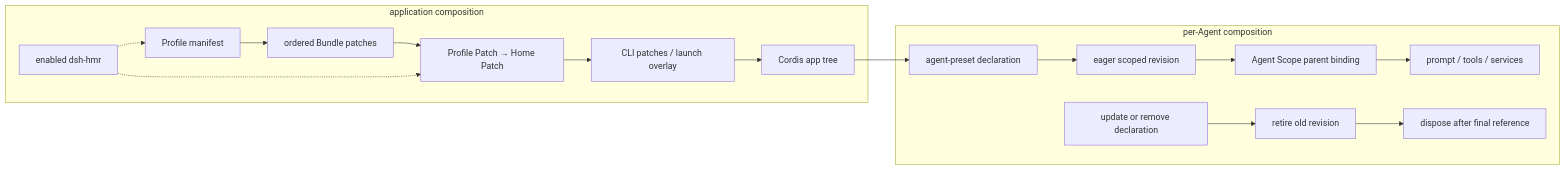
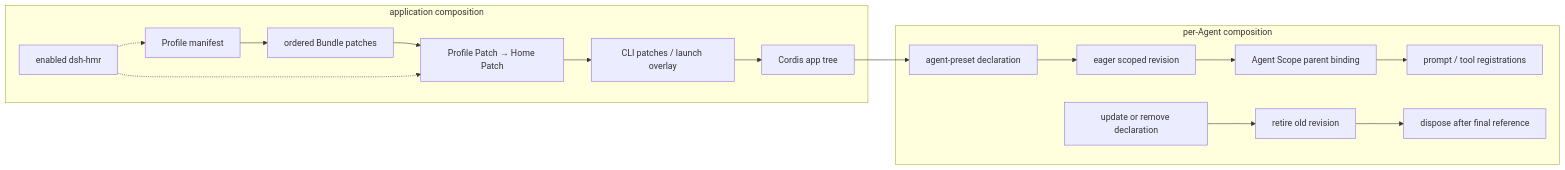
One commit to yang0228/deepseek-harness-analysis changed the diagram in docs/deep-dives/profiles-bundles-presets.md. Above: the diagram before and after it, drawn with Mermaid. The commit also changed other lines of this file and 6 other files, not shown here.

Commit message:
docs: revise core architecture and agent migration guidance

````diff
--- a/docs/deep-dives/profiles-bundles-presets.md
+++ b/docs/deep-dives/profiles-bundles-presets.md
@@ -47,15 +51,15 @@
 ```mermaid
 flowchart LR
   subgraph App["application composition"]
     Manifest["Profile manifest"] --> Bundles["ordered Bundle patches"] --> User["Profile Patch → Home Patch"] --> CLI["CLI patches / launch overlay"] --> Tree["Cordis app tree"]
     HMR["enabled dsh-hmr"] -.-> Manifest
     HMR -.-> User
   end
   subgraph Agent["per-Agent composition"]
     Definition["agent-preset declaration"] --> Mount["eager scoped revision"]
-    Mount --> Bind["Agent Scope parent binding"] --> Capabilities["prompt / tools / services"]
+    Mount --> Bind["Agent Scope parent binding"] --> Capabilities["prompt / tool registrations"]
     Update["update or remove declaration"] --> Retire["retire old revision"]
     Retire --> Release["dispose after final reference"]
   end
   Tree --> Definition
 ```
````
